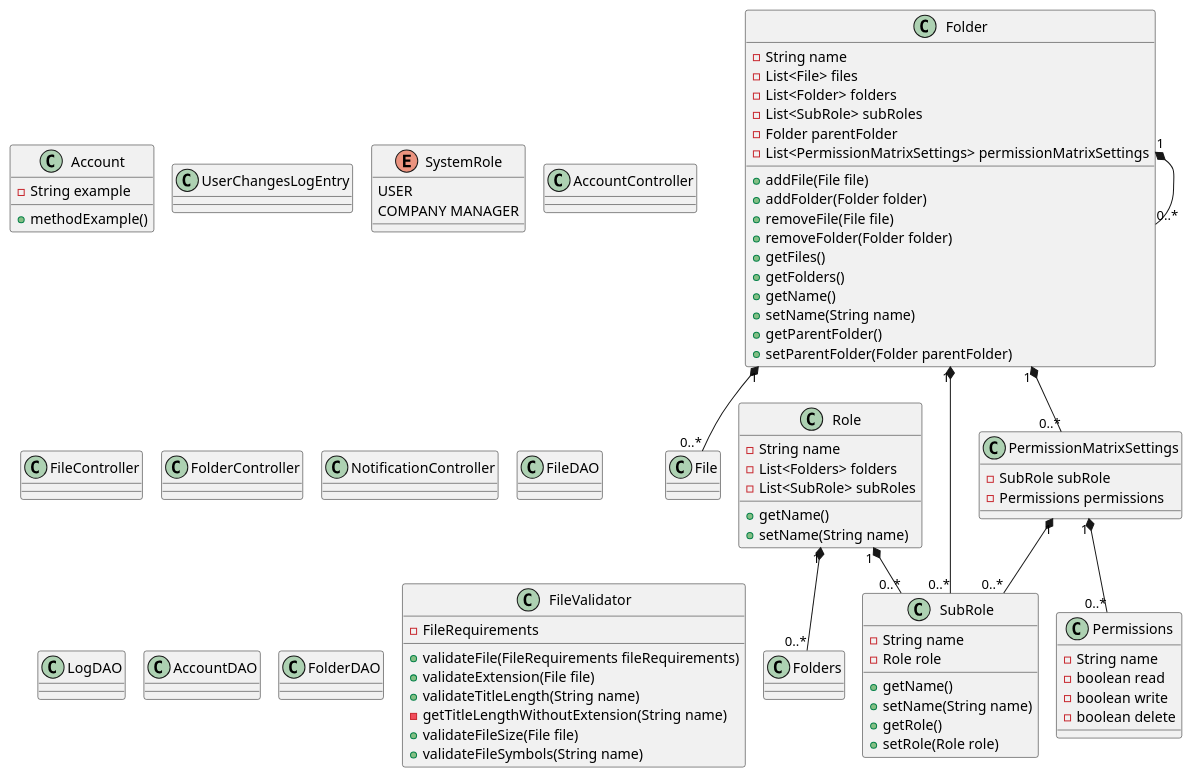
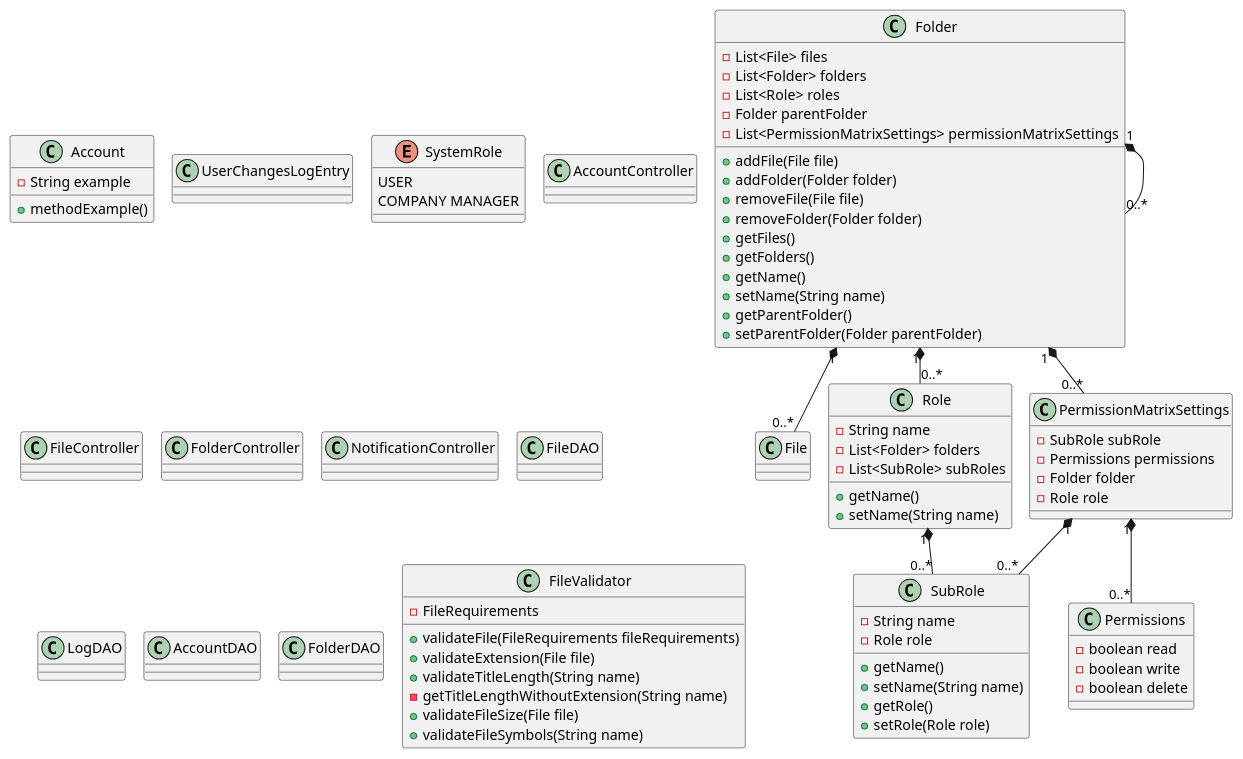
One commit to badranyoussef/businest changed the diagram in backend/documentation/classDiagram.puml. Above: the diagram before and after it, drawn with PlantUML. The commit also changed 5 other files, not shown here.

```diff
--- a/backend/documentation/classDiagram.puml
+++ b/backend/documentation/classDiagram.puml
@@ -1,105 +1,104 @@
 @startuml
 'https://plantuml.com/class-diagram
 
 '----- Entities -----
 class Account
 class File
 class Role {
     - String name
-    - List<Folders> folders
+    - List<Folder> folders
     - List<SubRole> subRoles
     + getName()
     + setName(String name)
 }
 class SubRole {
     - String name
     - Role role
     + getName()
     + setName(String name)
     + getRole()
     + setRole(Role role)
 }
 class PermissionMatrixSettings {
     - SubRole subRole
     - Permissions permissions
+    - Folder folder
+    - Role role
     }
 class Permissions {
-    - String name
     - boolean read
     - boolean write
     - boolean delete
 }
 
 class Folder {
-    - String name
     - List<File> files
     - List<Folder> folders
-    - List<SubRole> subRoles
+    - List<Role> roles
     - Folder parentFolder
     - List<PermissionMatrixSettings> permissionMatrixSettings
     + addFile(File file)
     + addFolder(Folder folder)
     + removeFile(File file)
     + removeFolder(Folder folder)
     + getFiles()
     + getFolders()
     + getName()
     + setName(String name)
     + getParentFolder()
     + setParentFolder(Folder parentFolder)
 }
 class UserChangesLogEntry
 enum SystemRole {
     USER
     COMPANY MANAGER
 }
 
 '----- Controllers -----
 class AccountController
 class FileController
 class FolderController
 class NotificationController
 
 '----- DAOs -----
 class FileDAO
 class LogDAO
 class AccountDAO
 class FolderDAO
 
 class FileValidator {
     - FileRequirements
     + validateFile(FileRequirements fileRequirements)
     + validateExtension(File file)
     + validateTitleLength(String name)
     - getTitleLengthWithoutExtension(String name)
     + validateFileSize(File file)
     + validateFileSymbols(String name)
 
 }
 
 
 'List <|-- AbstractList
 'Collection <|-- AbstractCollection
 
 'Collection <|- List
 'AbstractCollection <|- AbstractList
 'AbstractList <|-- ArrayList
 
 class Account {
     - String example
     + methodExample()
 }
 
 '----- Relations -----
 Folder "1" *-- "0..*" File
 Folder "1" *-- "0..*" Folder
-Folder "1" *-- "0..*" SubRole
+Folder "1" *-- "0..*" Role
 Folder "1" *-- "0..*" PermissionMatrixSettings
-Role "1" *-- "0..*" Folders
 Role "1" *-- "0..*" SubRole
 PermissionMatrixSettings "1" *-- "0..*" Permissions
 PermissionMatrixSettings "1" *-- "0..*" SubRole
 
 
 !pragma layout smetana
 @enduml
```
